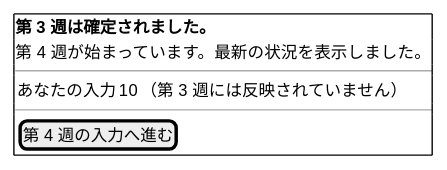
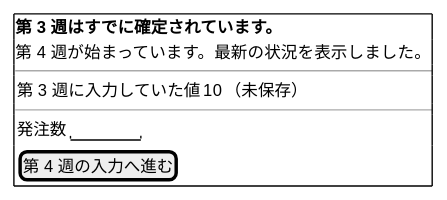
Before and after one commit to k2works/case-study-beer-game-simulation: the sixth of 12 diagrams in docs/design/beer-game-kotlin/ui-design.md, drawn with PlantUML. The commit also changed other lines of this file and 8 other files, not shown here.

````diff
--- a/docs/design/beer-game-kotlin/ui-design.md
+++ b/docs/design/beer-game-kotlin/ui-design.md
@@ -255,12 +255,13 @@
 ```plantuml
 @startsalt
 {+
-  <b>第 3 週は確定されました。</b>
+  <b>第 3 週はすでに確定されています。</b>
   第 4 週が始まっています。最新の状況を表示しました。
   ---
-  { あなたの入力 | 10 | （第 3 週には反映されていません） }
+  { 第 3 週に入力していた値 | 10 | （未保存） }
   ---
+  { 発注数 | "      " }
   { [ 第 4 週の入力へ進む ] }
 }
 @endsalt
 ```
````
